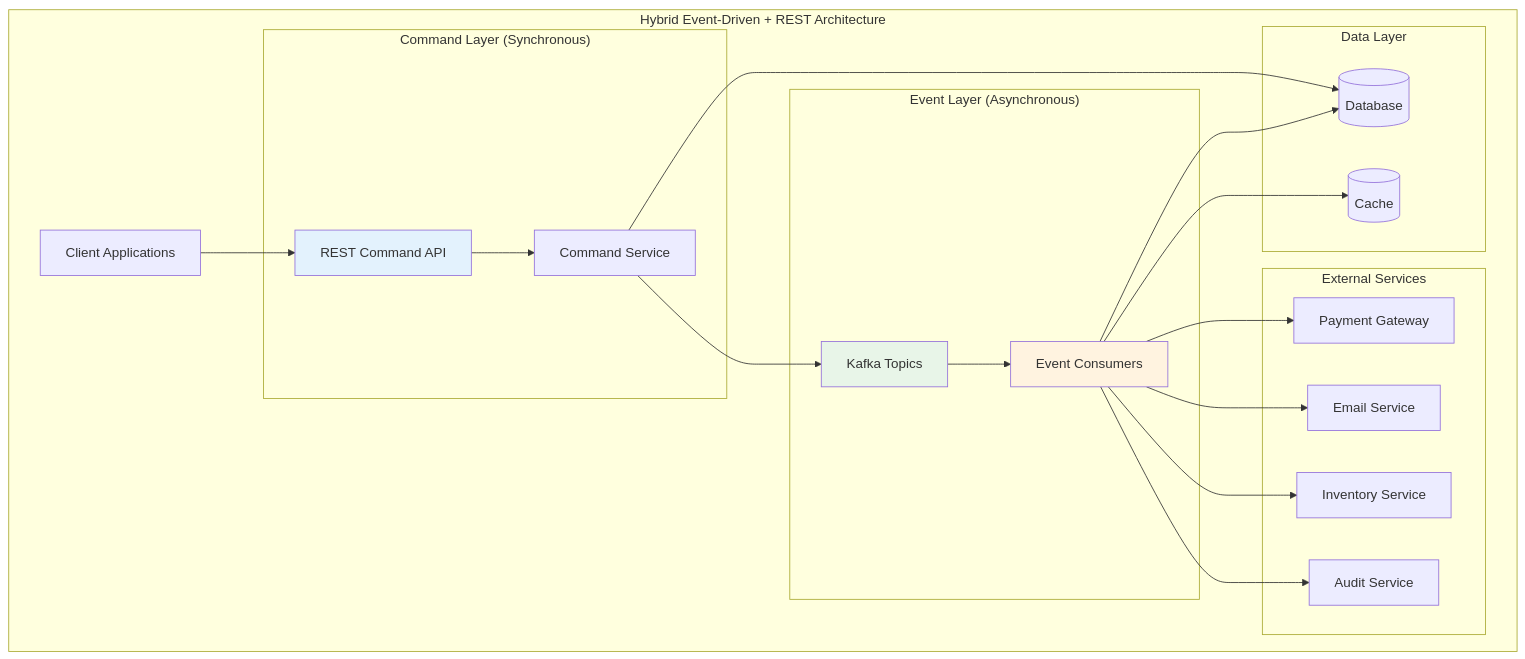
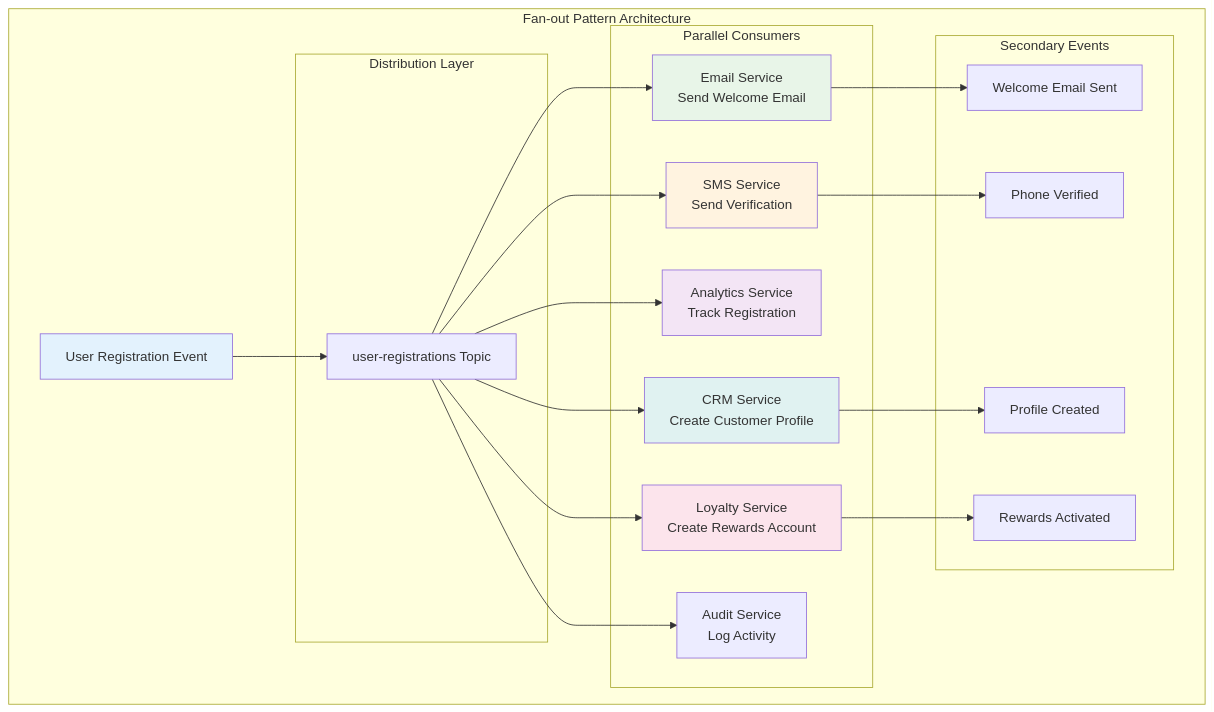
The first of 2 diagrams in class/modules/lesson_12/concept.md (vorrawut/KafkaStarter), drawn with Mermaid before and after one commit. The commit also changed other lines of this file and 204 other files, not shown here.

````diff
--- a/class/modules/lesson_12/concept.md
+++ b/class/modules/lesson_12/concept.md
@@ -13,45 +13,47 @@
 ```mermaid
 graph TB
-    subgraph "Hybrid Event-Driven + REST Architecture"
-        CLIENT[Client Applications]
+    subgraph "Fan-out Pattern Architecture"
+        EVENT[User Registration Event]
         
-        subgraph "Command Layer (Synchronous)"
-            REST_API[REST Command API]
-            COMMAND_SERVICE[Command Service]
+        subgraph "Distribution Layer"
+            TOPIC[user-registrations Topic]
         end
         
-        subgraph "Event Layer (Asynchronous)"
-            KAFKA[Kafka Topics]
-            EVENT_CONSUMERS[Event Consumers]
+        subgraph "Parallel Consumers"
+            EMAIL[Email Service<br/>Send Welcome Email]
+            SMS[SMS Service<br/>Send Verification]
+            ANALYTICS[Analytics Service<br/>Track Registration]
+            CRM[CRM Service<br/>Create Customer Profile]
+            LOYALTY[Loyalty Service<br/>Create Rewards Account]
+            AUDIT[Audit Service<br/>Log Activity]
         end
         
-        subgraph "External Services"
-            PAYMENT[Payment Gateway]
-            EMAIL[Email Service]
-            INVENTORY[Inventory Service]
-            AUDIT[Audit Service]
-        end
-        
-        subgraph "Data Layer"
-            DATABASE[(Database)]
-            CACHE[(Cache)]
+        subgraph "Secondary Events"
+            WELCOME[Welcome Email Sent]
+            VERIFIED[Phone Verified]
+            PROFILE[Profile Created]
+            REWARDS[Rewards Activated]
         end
     end
     
-    CLIENT --> REST_API
-    REST_API --> COMMAND_SERVICE
-    COMMAND_SERVICE --> KAFKA
-    COMMAND_SERVICE --> DATABASE
+    EVENT --> TOPIC
     
-    KAFKA --> EVENT_CONSUMERS
-    EVENT_CONSUMERS --> PAYMENT
-    EVENT_CONSUMERS --> EMAIL
-    EVENT_CONSUMERS --> INVENTORY
-    EVENT_CONSUMERS --> AUDIT
-    EVENT_CONSUMERS --> DATABASE
-    EVENT_CONSUMERS --> CACHE
+    TOPIC --> EMAIL
+    TOPIC --> SMS
+    TOPIC --> ANALYTICS
+    TOPIC --> CRM
+    TOPIC --> LOYALTY
+    TOPIC --> AUDIT
     
-    style REST_API fill:#e3f2fd
-    style KAFKA fill:#e8f5e8
-    style EVENT_CONSUMERS fill:#fff3e0
+    EMAIL --> WELCOME
+    SMS --> VERIFIED
+    CRM --> PROFILE
+    LOYALTY --> REWARDS
+    
+    style EVENT fill:#e3f2fd
+    style EMAIL fill:#e8f5e8
+    style SMS fill:#fff3e0
+    style ANALYTICS fill:#f3e5f5
+    style CRM fill:#e0f2f1
+    style LOYALTY fill:#fce4ec
 ```
````
